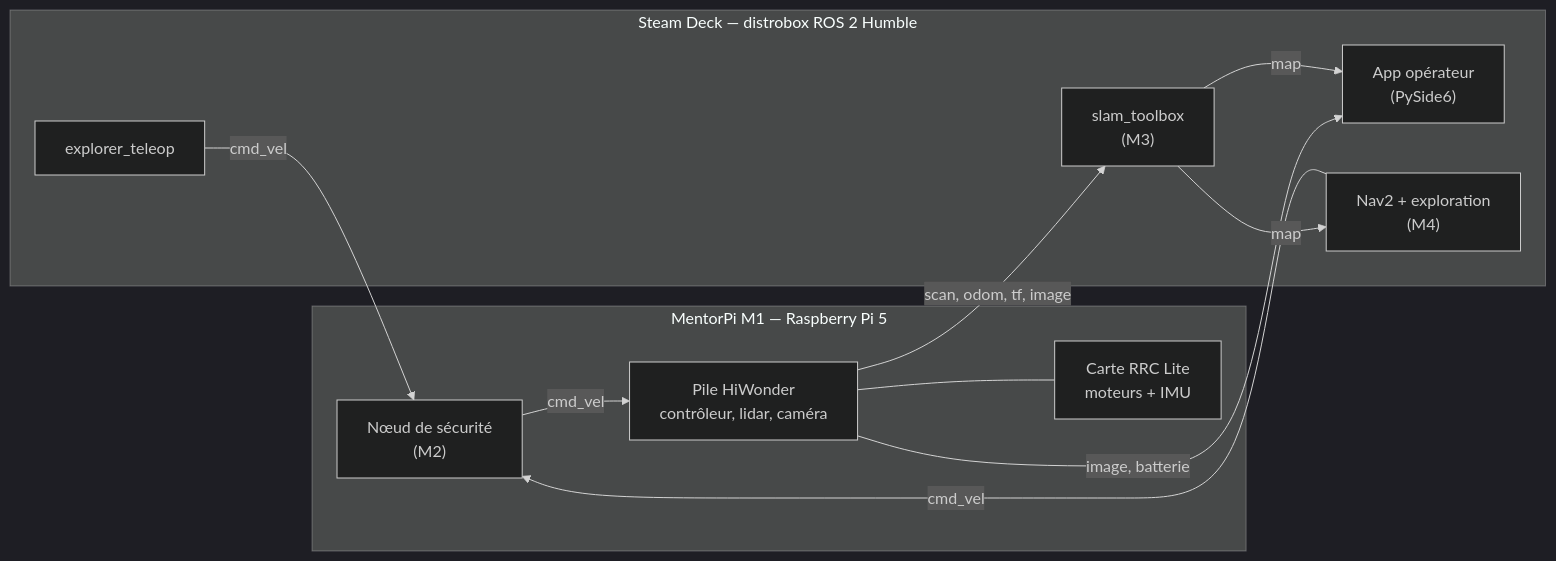
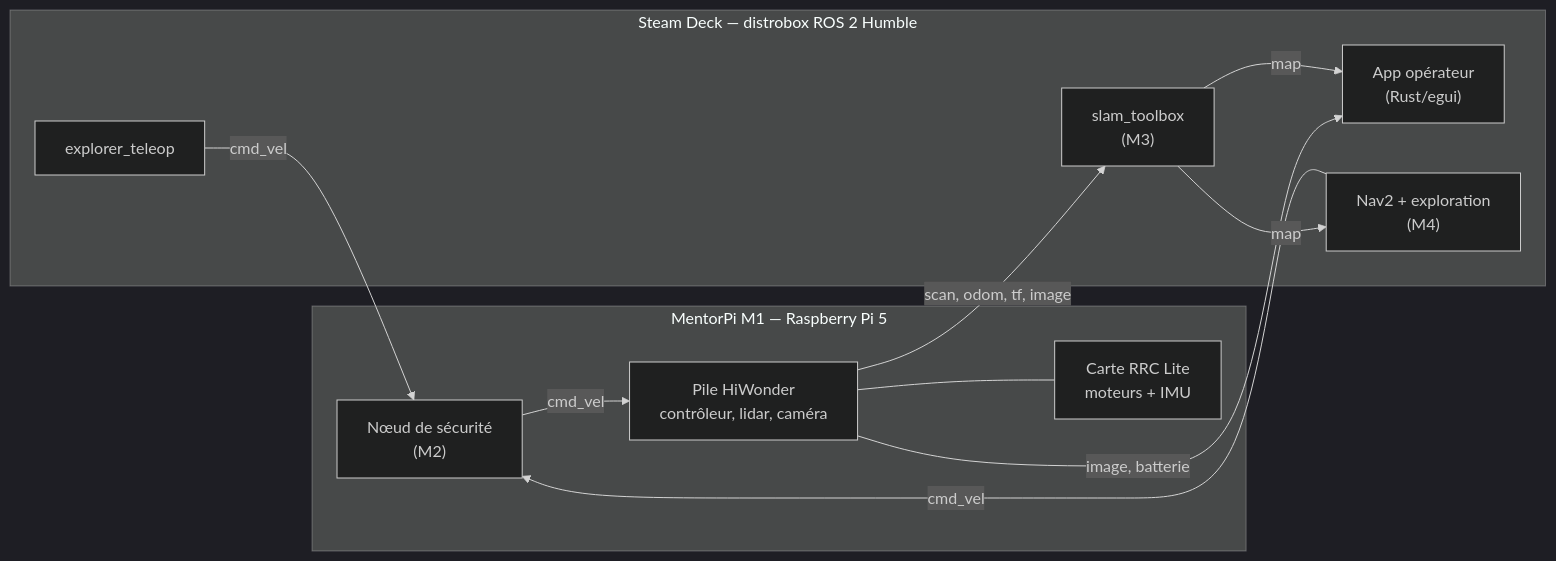
The diagram in README.md (jesasipas/explorer-1), drawn with Mermaid (dark theme) before and after one commit. The commit also changed other lines of this file and 13 other files, not shown here.

First line of the commit message:
feat(ui): add Rust/egui operator interface socle

````diff
--- a/README.md
+++ b/README.md
@@ -40,22 +40,22 @@
 ```mermaid
 flowchart LR
     subgraph Deck["Steam Deck — distrobox ROS 2 Humble"]
-        UI["App opérateur<br/>(PySide6)"]
+        UI["App opérateur<br/>(Rust/egui)"]
         TELEOP["explorer_teleop"]
         SLAM["slam_toolbox<br/>(M3)"]
         NAV["Nav2 + exploration<br/>(M4)"]
     end
     subgraph Robot["MentorPi M1 — Raspberry Pi 5"]
         HW["Pile HiWonder<br/>contrôleur, lidar, caméra"]
         SAFE["Nœud de sécurité<br/>(M2)"]
         RRC["Carte RRC Lite<br/>moteurs + IMU"]
     end
     TELEOP -- "cmd_vel" --> SAFE
     NAV -- "cmd_vel" --> SAFE
     SAFE -- "cmd_vel" --> HW
     HW -- "scan, odom, tf, image" --> SLAM
     HW -- "image, batterie" --> UI
     SLAM -- "map" --> NAV
     SLAM -- "map" --> UI
     HW --- RRC
 ```
````
